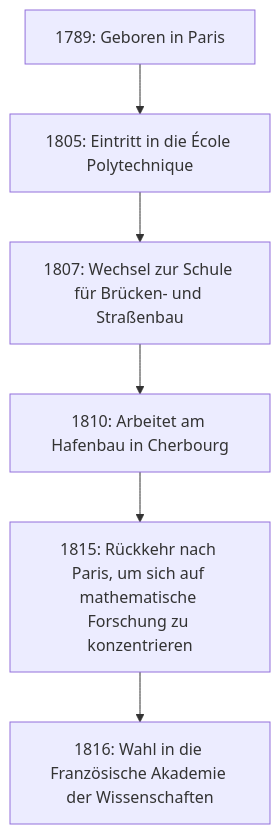
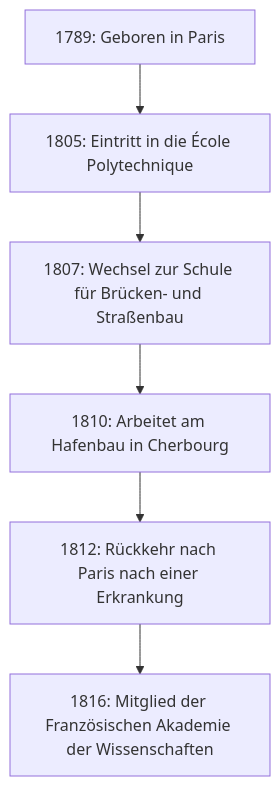
One commit to kenjinote/blog changed the diagram in content/post/cauchy/index.de.md. Above: the diagram before and after it, drawn with Mermaid. The commit also changed other lines of this file and 14 other files, not shown here.

````diff
--- a/content/post/cauchy/index.de.md
+++ b/content/post/cauchy/index.de.md
@@ -30,8 +30,8 @@
 ```mermaid
 flowchart TD
     A["1789: Geboren in Paris"] --> B["1805: Eintritt in die École Polytechnique"]
     B --> C["1807: Wechsel zur Schule für Brücken- und Straßenbau"]
     C --> D["1810: Arbeitet am Hafenbau in Cherbourg"]
-    D --> E["1815: Rückkehr nach Paris, um sich auf mathematische Forschung zu konzentrieren"]
-    E --> F["1816: Wahl in die Französische Akademie der Wissenschaften"]
+    D --> E["1812: Rückkehr nach Paris nach einer Erkrankung"]
+    E --> F["1816: Mitglied der Französischen Akademie der Wissenschaften"]
 ```
````
